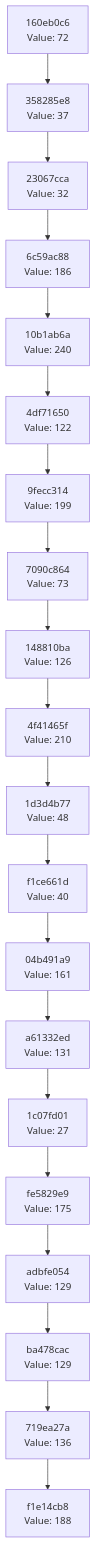
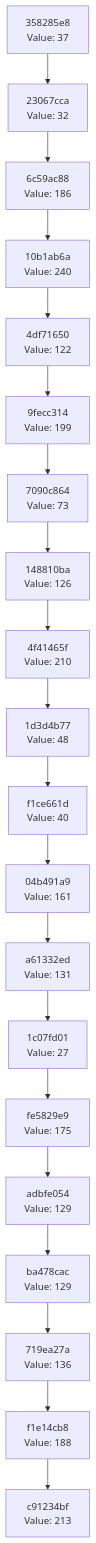
One commit to Abhisheksinha1506/hash-chain-evolver changed the diagram in docs/CHAIN_VISUALIZATION.md. Above: the diagram before and after it, drawn with Mermaid. The commit also changed 2 other files, not shown here.

Commit message:
Evolution Step

````diff
--- a/docs/CHAIN_VISUALIZATION.md
+++ b/docs/CHAIN_VISUALIZATION.md
@@ -3,42 +3,42 @@
 ```mermaid
 graph TD
-    C0["f1e14cb8<br/>Value: 188"]
-    C1["719ea27a<br/>Value: 136"]
+    C0["c91234bf<br/>Value: 213"]
+    C1["f1e14cb8<br/>Value: 188"]
     C1 --> C0
-    C2["ba478cac<br/>Value: 129"]
+    C2["719ea27a<br/>Value: 136"]
     C2 --> C1
-    C3["adbfe054<br/>Value: 129"]
+    C3["ba478cac<br/>Value: 129"]
     C3 --> C2
-    C4["fe5829e9<br/>Value: 175"]
+    C4["adbfe054<br/>Value: 129"]
     C4 --> C3
-    C5["1c07fd01<br/>Value: 27"]
+    C5["fe5829e9<br/>Value: 175"]
     C5 --> C4
-    C6["a61332ed<br/>Value: 131"]
+    C6["1c07fd01<br/>Value: 27"]
     C6 --> C5
-    C7["04b491a9<br/>Value: 161"]
+    C7["a61332ed<br/>Value: 131"]
     C7 --> C6
-    C8["f1ce661d<br/>Value: 40"]
+    C8["04b491a9<br/>Value: 161"]
     C8 --> C7
-    C9["1d3d4b77<br/>Value: 48"]
+    C9["f1ce661d<br/>Value: 40"]
     C9 --> C8
-    C10["4f41465f<br/>Value: 210"]
+    C10["1d3d4b77<br/>Value: 48"]
     C10 --> C9
-    C11["148810ba<br/>Value: 126"]
+    C11["4f41465f<br/>Value: 210"]
     C11 --> C10
-    C12["7090c864<br/>Value: 73"]
+    C12["148810ba<br/>Value: 126"]
     C12 --> C11
-    C13["9fecc314<br/>Value: 199"]
+    C13["7090c864<br/>Value: 73"]
     C13 --> C12
-    C14["4df71650<br/>Value: 122"]
+    C14["9fecc314<br/>Value: 199"]
     C14 --> C13
-    C15["10b1ab6a<br/>Value: 240"]
+    C15["4df71650<br/>Value: 122"]
     C15 --> C14
-    C16["6c59ac88<br/>Value: 186"]
+    C16["10b1ab6a<br/>Value: 240"]
     C16 --> C15
-    C17["23067cca<br/>Value: 32"]
+    C17["6c59ac88<br/>Value: 186"]
     C17 --> C16
-    C18["358285e8<br/>Value: 37"]
+    C18["23067cca<br/>Value: 32"]
     C18 --> C17
-    C19["160eb0c6<br/>Value: 72"]
+    C19["358285e8<br/>Value: 37"]
     C19 --> C18
 ```
````
